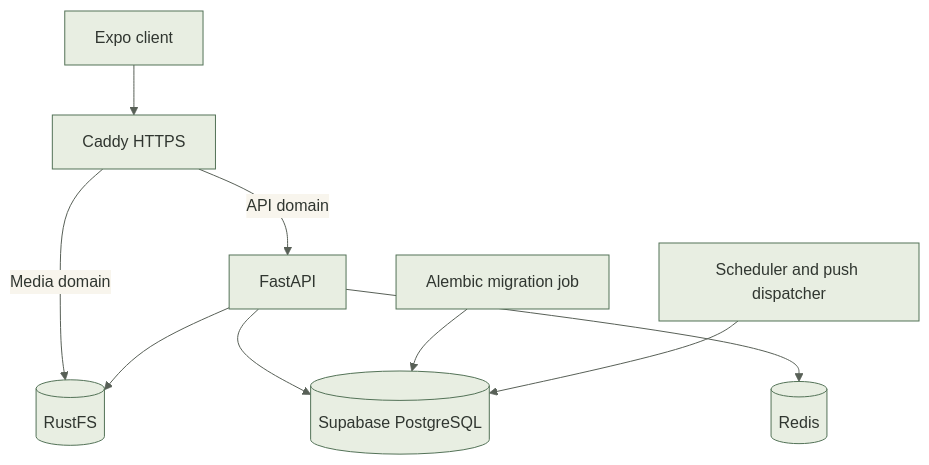
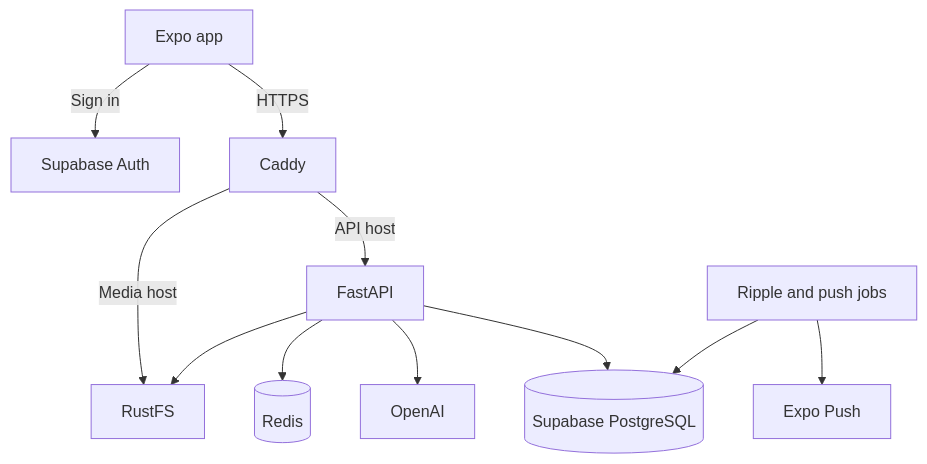
Before and after one commit to Hemalv02/otagai: the diagram in docs/architecture.md, drawn with Mermaid. The commit also changed other lines of this file and 17 other files, not shown here.

Commit message:
Focus project docs on the demo and architecture

````diff
--- a/docs/architecture.md
+++ b/docs/architecture.md
@@ -73,12 +9,13 @@
 ```mermaid
-%%{init: {"theme":"base","themeVariables":{"primaryColor":"#E8EEE2","primaryTextColor":"#303630","primaryBorderColor":"#537257","lineColor":"#586057","edgeLabelBackground":"#F8F5ED"}}}%%
 flowchart TB
-    client["Expo client"] --> edge["Caddy HTTPS"]
-    edge -->|API domain| api["FastAPI"]
-    edge -->|Media domain| s3[("RustFS")]
-    api --> s3
+    mobile["Expo app"] -->|Sign in| auth["Supabase Auth"]
+    mobile -->|HTTPS| caddy["Caddy"]
+    caddy -->|API host| api["FastAPI"]
+    caddy -->|Media host| media["RustFS"]
+    api --> media
+    api --> redis[("Redis")]
+    api --> ai["OpenAI"]
     api --> db[("Supabase PostgreSQL")]
-    api --> redis[("Redis")]
-    migration["Alembic migration job"] --> db
-    processes["Scheduler and push dispatcher"] --> db
+    jobs["Ripple and push jobs"] --> db
+    jobs --> push["Expo Push"]
 ```
````
